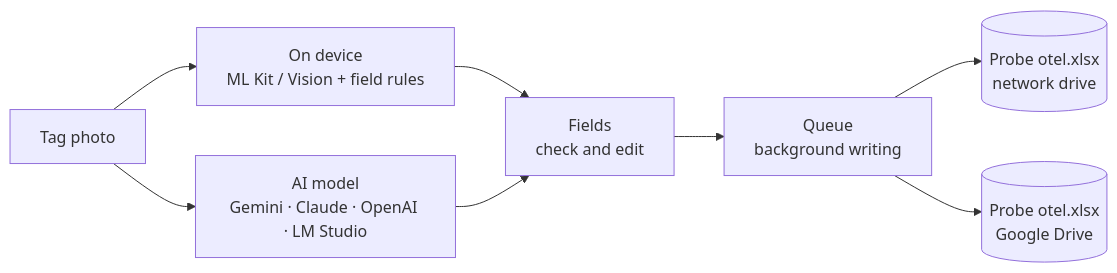
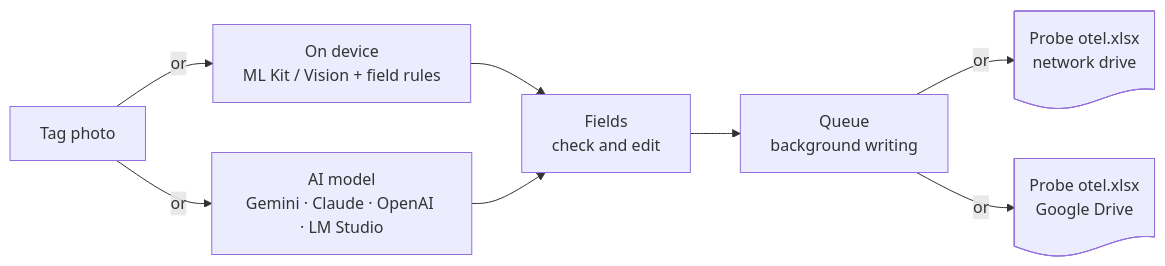
One commit to muhammad-halimov/somascan changed the diagram in README.md. Above: the diagram before and after it, drawn with Mermaid. The commit also changed 1 other file, not shown here.

Commit message:
docs: + README (en / ru) scheme: the log is a document shape instead of a database; the forks are labelled "or" (on device or AI model, network drive or Google Drive)

````diff
--- a/README.md
+++ b/README.md
@@ -39,10 +39,10 @@
 ```mermaid
 flowchart LR
-  photo["Tag photo"] --> device["On device<br/>ML Kit / Vision + field rules"]
-  photo --> model["AI model<br/>Gemini · Claude · OpenAI · LM Studio"]
+  photo["Tag photo"] -- or --> device["On device<br/>ML Kit / Vision + field rules"]
+  photo -- or --> model["AI model<br/>Gemini · Claude · OpenAI · LM Studio"]
   device --> fields["Fields<br/>check and edit"]
   model --> fields
   fields --> queue["Queue<br/>background writing"]
-  queue --> smb[("Probe otel.xlsx<br/>network drive")]
-  queue --> drive[("Probe otel.xlsx<br/>Google Drive")]
+  queue -- or --> smb@{ shape: doc, label: "Probe otel.xlsx<br/>network drive" }
+  queue -- or --> drive@{ shape: doc, label: "Probe otel.xlsx<br/>Google Drive" }
 ```
````
